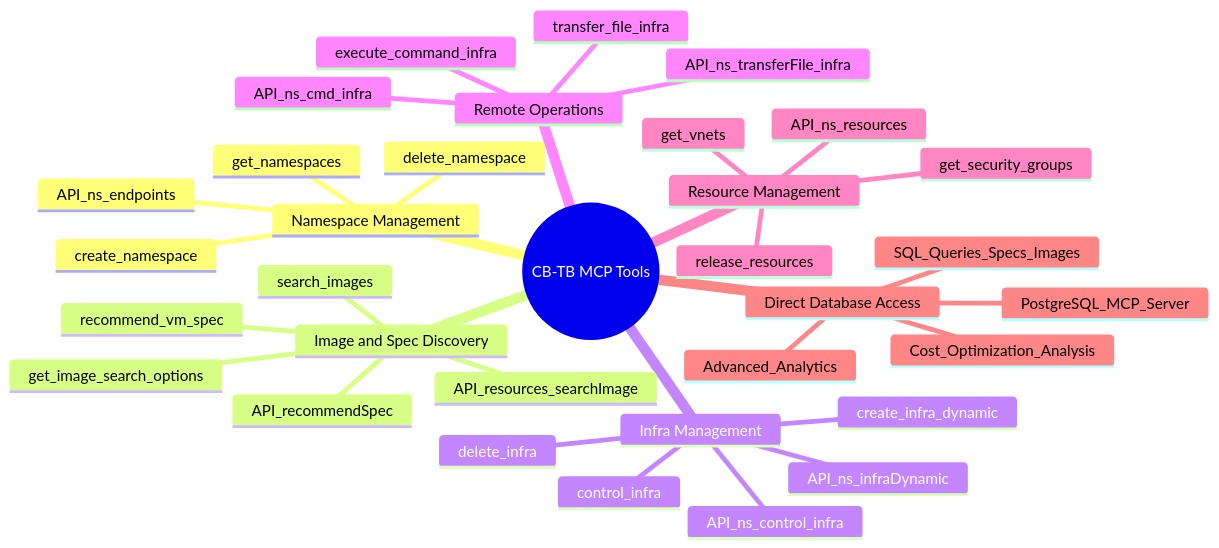
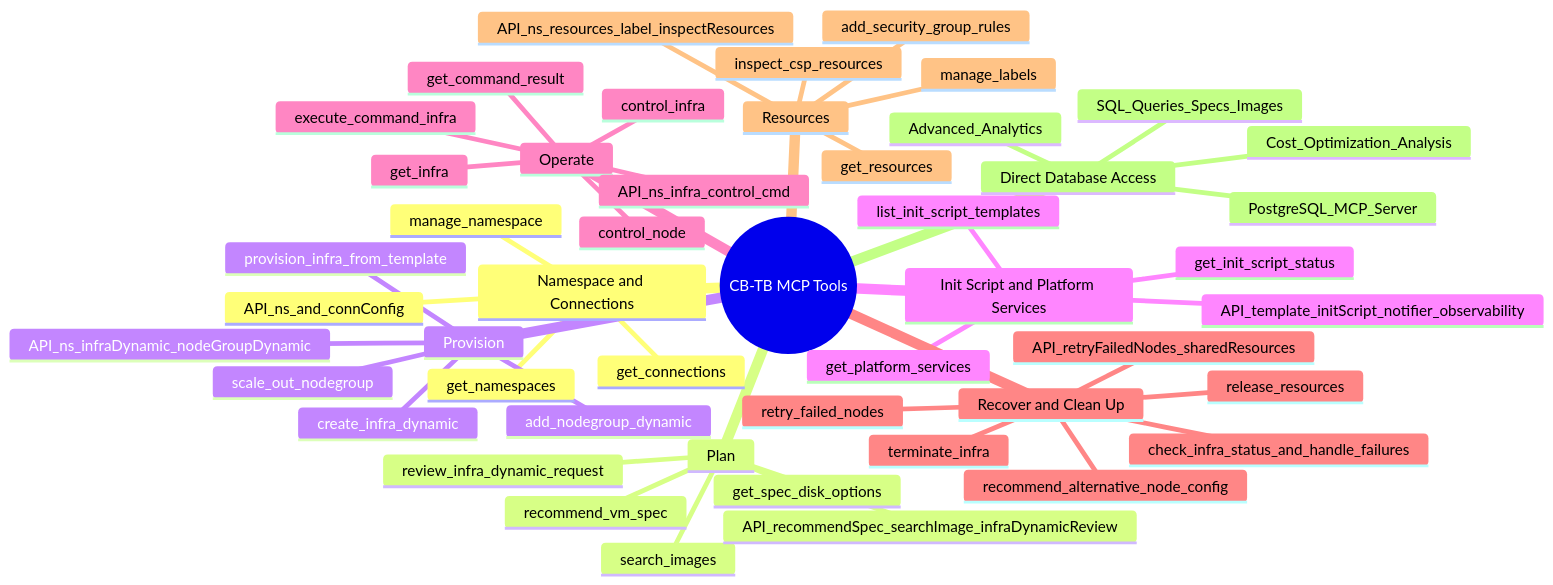
Before and after one commit to cloud-barista/cb-tumblebug: the sixth of 7 diagrams in src/interface/mcp/architecture.md, drawn with Mermaid. The commit also changed 7 other files, not shown here.

````diff
--- a/src/interface/mcp/architecture.md
+++ b/src/interface/mcp/architecture.md
@@ -238,41 +238,58 @@
 ```mermaid
 mindmap
   root((CB-TB MCP Tools))
-    Namespace Management
+    Namespace and Connections
       get_namespaces
-      create_namespace
-      delete_namespace
-      API_ns_endpoints
-    
-    Image and Spec Discovery
-      get_image_search_options
+      manage_namespace
+      get_connections
+      API_ns_and_connConfig
+
+    Plan
+      recommend_vm_spec
       search_images
-      recommend_vm_spec
-      API_resources_searchImage
-      API_recommendSpec
-    
-    Infra Management
+      review_infra_dynamic_request
+      get_spec_disk_options
+      API_recommendSpec_searchImage_infraDynamicReview
+
+    Provision
       create_infra_dynamic
+      add_nodegroup_dynamic
+      scale_out_nodegroup
+      provision_infra_from_template
+      API_ns_infraDynamic_nodeGroupDynamic
+
+    Init Script and Platform Services
+      list_init_script_templates
+      get_init_script_status
+      get_platform_services
+      API_template_initScript_notifier_observability
+
+    Operate
+      get_infra
       control_infra
-      delete_infra
-      API_ns_infraDynamic
-      API_ns_control_infra
-    
-    Remote Operations
+      control_node
       execute_command_infra
-      transfer_file_infra
-      API_ns_cmd_infra
-      API_ns_transferFile_infra
-    
-    Resource Management
-      get_vnets
-      get_security_groups
+      get_command_result
+      API_ns_infra_control_cmd
+
+    Recover and Clean Up
+      check_infra_status_and_handle_failures
+      retry_failed_nodes
+      recommend_alternative_node_config
+      terminate_infra
       release_resources
-      API_ns_resources
-    
+      API_retryFailedNodes_sharedResources
+
+    Resources
+      get_resources
+      manage_labels
+      add_security_group_rules
+      inspect_csp_resources
+      API_ns_resources_label_inspectResources
+
     Direct Database Access
       PostgreSQL_MCP_Server
       SQL_Queries_Specs_Images
       Advanced_Analytics
       Cost_Optimization_Analysis
 ```
````
